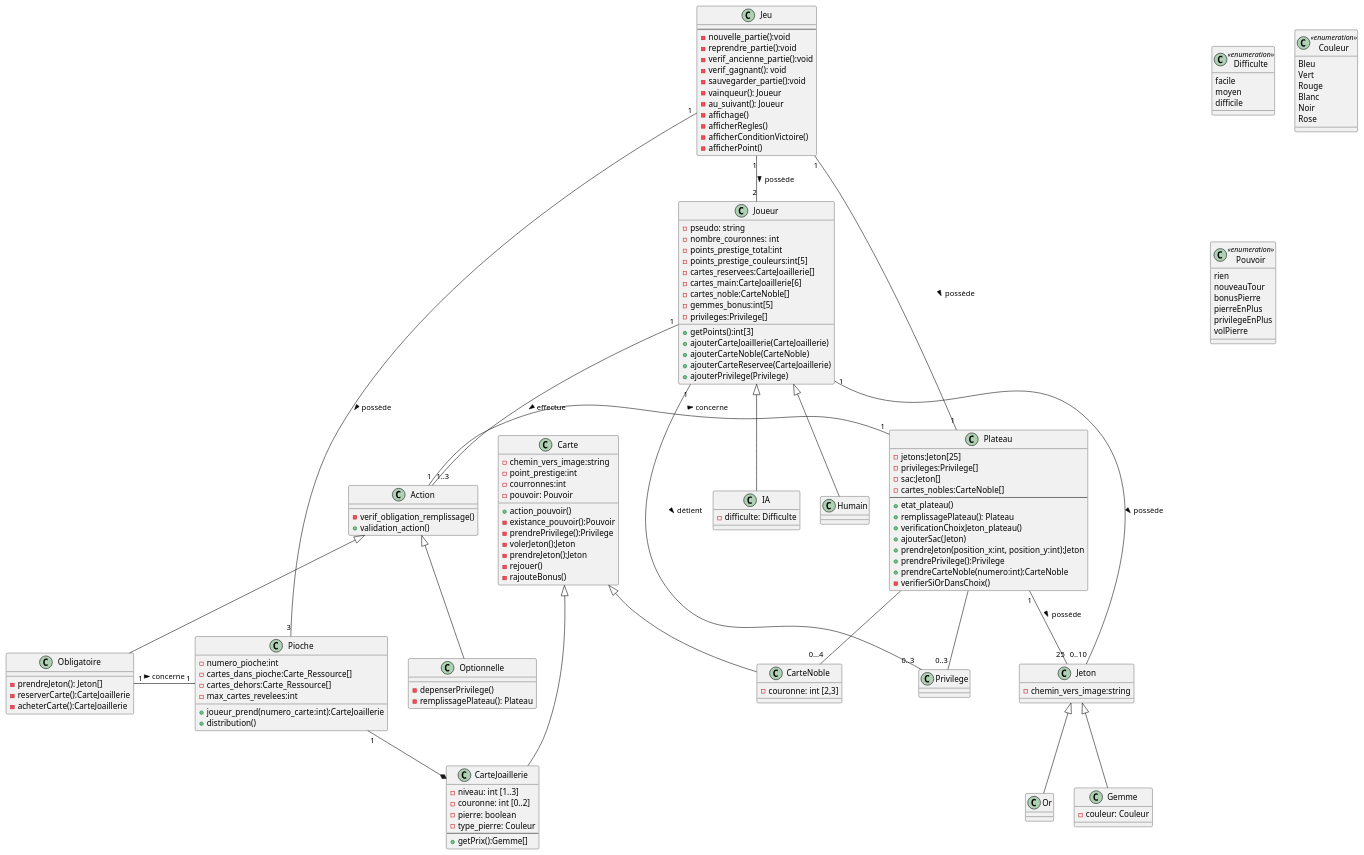
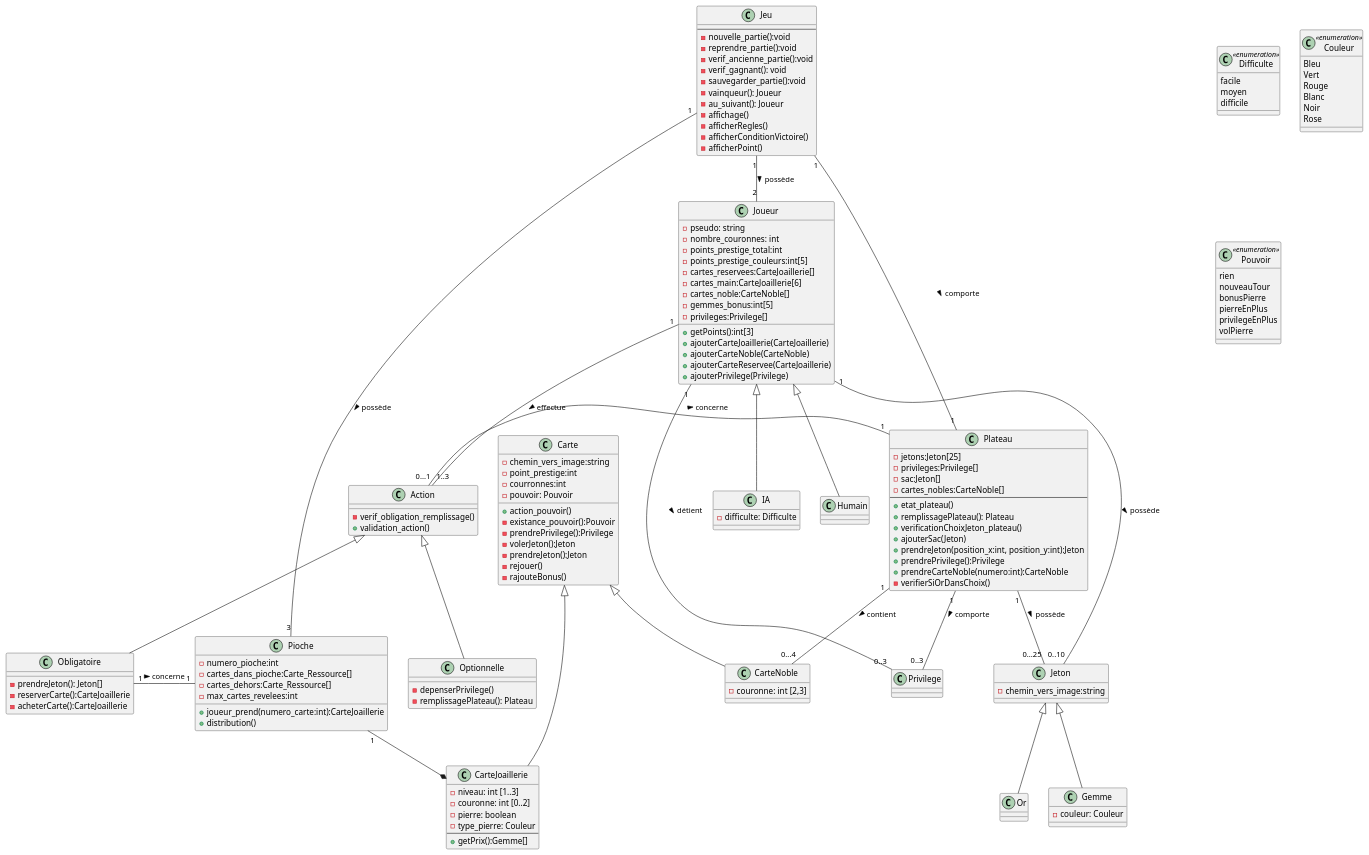
The diagram in SplendorUML.puml (LaylaLunae/Splendor-duel), drawn with PlantUML before and after one commit.

Commit message:
rajout de titres et cardinalités

```diff
--- a/SplendorUML.puml
+++ b/SplendorUML.puml
@@ -1,184 +1,184 @@
 @startuml
 
 class Jeu {
 --
 - nouvelle_partie():void
 - reprendre_partie():void
 - verif_ancienne_partie():void
 - verif_gagnant(): void
 - sauvegarder_partie():void
 - vainqueur(): Joueur
 - au_suivant(): Joueur
 - affichage()
 - afficherRegles()
 - afficherConditionVictoire()
 - afficherPoint()
 }
 
 
 class Plateau {
 - jetons:Jeton[25]
 - privileges:Privilege[]
 - sac:Jeton[]
 - cartes_nobles:CarteNoble[]
 --
 + etat_plateau()
 + remplissagePlateau(): Plateau
 + verificationChoixJeton_plateau()
 + ajouterSac(Jeton)
 + prendreJeton(position_x:int, position_y:int):Jeton
 + prendrePrivilege():Privilege
 + prendreCarteNoble(numero:int):CarteNoble
 - verifierSiOrDansChoix()
 }
 
 
 
 class Joueur {
 - pseudo: string
 - nombre_couronnes: int
 - points_prestige_total:int
 - points_prestige_couleurs:int[5]
 - cartes_reservees:CarteJoaillerie[]
 - cartes_main:CarteJoaillerie[6]
 - cartes_noble:CarteNoble[]
 - gemmes_bonus:int[5]
 - privileges:Privilege[]
 + getPoints():int[3]
 + ajouterCarteJoaillerie(CarteJoaillerie)
 + ajouterCarteNoble(CarteNoble)
 + ajouterCarteReservee(CarteJoaillerie)
 + ajouterPrivilege(Privilege)
 }
 
 class IA {
 - difficulte: Difficulte
 }
 
 class Difficulte <<enumeration>> {
  facile
  moyen
  difficile
 }
 
 class Jeton {
 - chemin_vers_image:string
 }
 class Privilege {
 }
 class Or {
 }
 class Gemme {
 -couleur: Couleur
 }
 class Couleur <<enumeration>> {
  Bleu
  Vert
  Rouge
  Blanc
  Noir
  Rose
 }
 
 
 class Pioche{
 - numero_pioche:int
 - cartes_dans_pioche:Carte_Ressource[]
 - cartes_dehors:Carte_Ressource[]
 - max_cartes_revelees:int
 + joueur_prend(numero_carte:int):CarteJoaillerie
 + distribution()
 }
 class Carte {
 - chemin_vers_image:string
 - point_prestige:int
 - courronnes:int
 - pouvoir: Pouvoir
 + action_pouvoir()
 - existance_pouvoir():Pouvoir
 - prendrePrivilege():Privilege
 - volerJeton():Jeton
 - prendreJeton():Jeton
 - rejouer()
 - rajouteBonus()
 }
 
 class CarteNoble {
 -couronne: int [2,3]
 }
 
 class CarteJoaillerie {
 -niveau: int [1..3]
 -couronne: int [0..2]
 -pierre: boolean
 -type_pierre: Couleur
 --
 + getPrix():Gemme[]
 }
 
 
 class Pouvoir <<enumeration>> {
  rien
  nouveauTour
  bonusPierre
  pierreEnPlus
  privilegeEnPlus
  volPierre
 }
 
 
 
 class Action {
 - verif_obligation_remplissage()
 + validation_action()
 }
 
 class Optionnelle {
 - depenserPrivilege()
 - remplissagePlateau(): Plateau
 }
 
 class Obligatoire {
 - prendreJeton(): Jeton[]
 - reserverCarte():CarteJoaillerie
 - acheterCarte():CarteJoaillerie
 }
 
 
 
 
 Joueur <|-- IA
 Joueur <|-- Humain
 
-Jeu "1" -- "1" Plateau: possède >
+Jeu "1" -- "1" Plateau: comporte >
 Jeu "1" -- "2" Joueur: possède >
 Jeu "1" -- "3" Pioche: possède >
 
 
-Plateau "1" -- "25" Jeton: possède >
-Plateau --"0..3" Privilege
-Plateau --"0...4" CarteNoble
+Plateau "1" -- "0...25" Jeton: possède >
+Plateau "1"--"0..3" Privilege: comporte >
+Plateau "1"--"0...4" CarteNoble: contient >
 'Plateau "1"-"3" Pioche
 
 Pioche "1"--* CarteJoaillerie
 
 Jeton <|-- Or
 Jeton <|-- Gemme
 
 Joueur "1" -- "0..3" Privilege: détient >
 Joueur "1" -- "0..10" Jeton: possède >
 Joueur "1"-- "1..3" Action: effectue >
 
 Carte <|-- CarteNoble
 Carte <|-- CarteJoaillerie
 '(CarteJoaillerie, Pierre) .. AchatCarte
 
 
 Action <|-- Optionnelle
 Action <|-- Obligatoire
-Action "1"-"1" Plateau : concerne >
+Action "0...1"-"1" Plateau : concerne >
 Obligatoire "1"-"1" Pioche : concerne >
 
 
 
 @enduml
```
